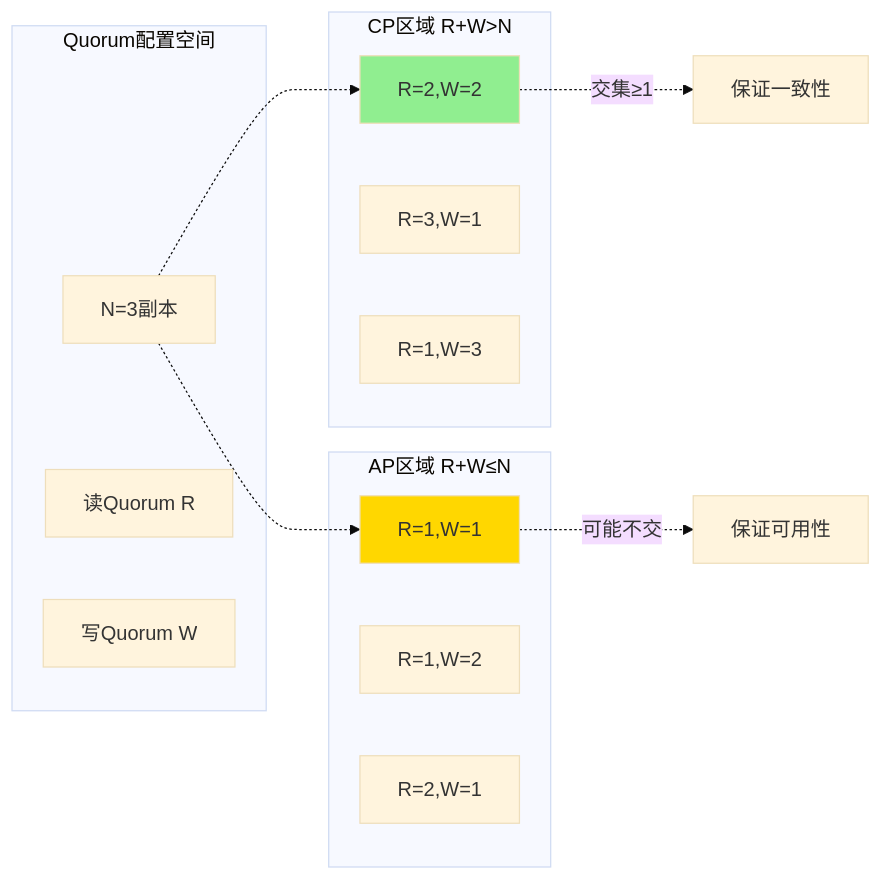
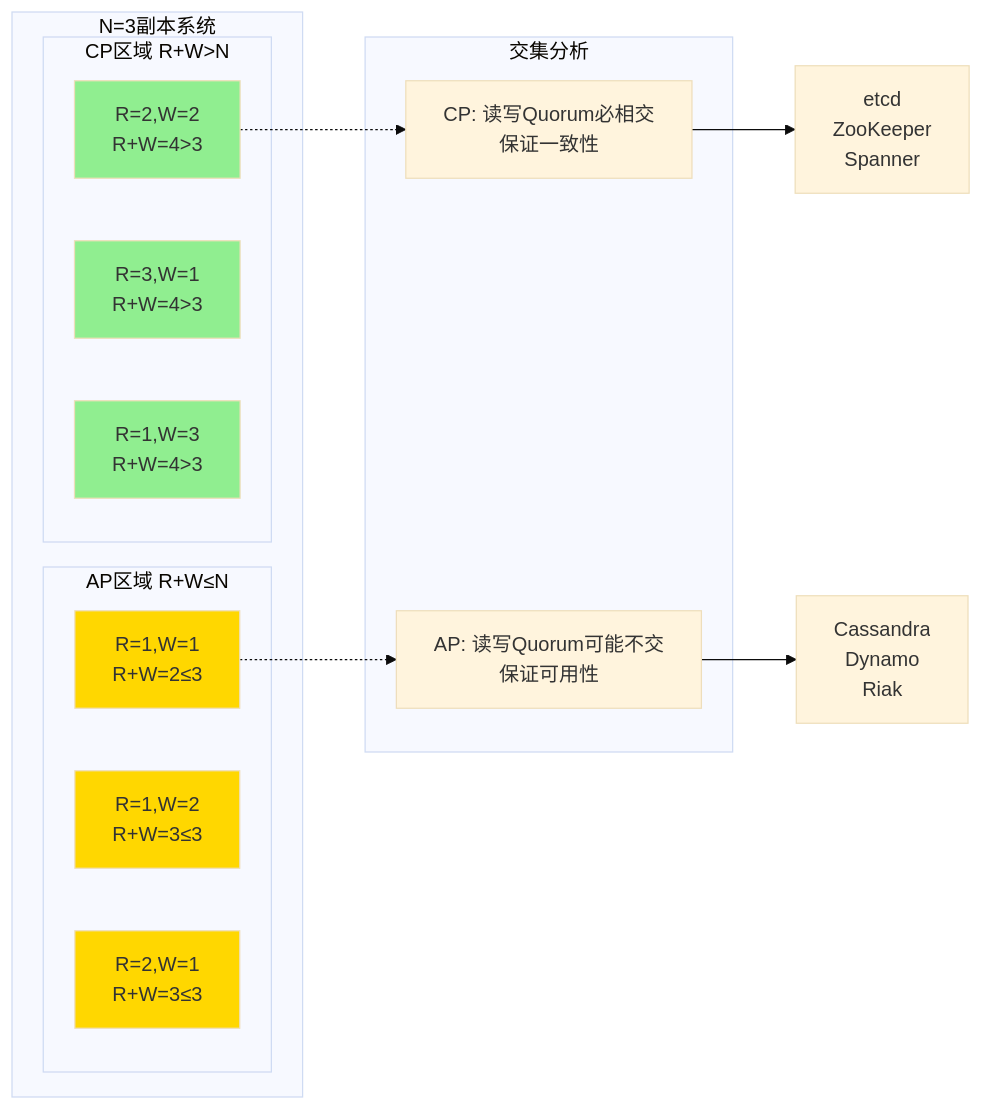
The tenth of 10 diagrams in formal-methods/03-model-taxonomy/04-consistency/02-cap-theorem.md (AdaMartin18010/AnalysisDataFlow), drawn with Mermaid (base theme) before and after one commit. The commit also changed other lines of this file and 38 other files, not shown here.

````diff
--- a/formal-methods/03-model-taxonomy/04-consistency/02-cap-theorem.md
+++ b/formal-methods/03-model-taxonomy/04-consistency/02-cap-theorem.md
@@ -383,29 +1250,42 @@
 ```mermaid
 graph LR
-    subgraph "Quorum配置空间"
-        N[N=3副本]
-        R[读Quorum R]
-        W[写Quorum W]
+    subgraph "N=3副本系统"
+        subgraph "CP区域 R+W>N"
+            CP1["R=2,W=2
+    R+W=4>3"]
+            CP2["R=3,W=1
+    R+W=4>3"]
+            CP3["R=1,W=3
+    R+W=4>3"]
+        end
+
+        subgraph "AP区域 R+W≤N"
+            AP1["R=1,W=1
+    R+W=2≤3"]
+            AP2["R=1,W=2
+    R+W=3≤3"]
+            AP3["R=2,W=1
+    R+W=3≤3"]
+        end
     end
 
-    subgraph "CP区域 R+W>N"
-        CP1[R=2,W=2]
-        CP2[R=3,W=1]
-        CP3[R=1,W=3]
+    subgraph "交集分析"
+        INTERSECT["CP: 读写Quorum必相交
+    保证一致性"]
+        NO_INTER["AP: 读写Quorum可能不交
+    保证可用性"]
     end
 
-    subgraph "AP区域 R+W≤N"
-        AP1[R=1,W=1]
-        AP2[R=1,W=2]
-        AP3[R=2,W=1]
-    end
+    CP1 -.-> INTERSECT
+    AP1 -.-> NO_INTER
 
-    N -.-> CP1
-    N -.-> AP1
-
-    CP1 -.->|交集≥1| CONS[保证一致性]
-    AP1 -.->|可能不交| AVAIL[保证可用性]
+    INTERSECT --> CP_IMPL[etcd<br/>ZooKeeper<br/>Spanner]
+    NO_INTER --> AP_IMPL[Cassandra<br/>Dynamo<br/>Riak]
 
     style CP1 fill:#90EE90
+    style CP2 fill:#90EE90
+    style CP3 fill:#90EE90
     style AP1 fill:#FFD700
+    style AP2 fill:#FFD700
+    style AP3 fill:#FFD700
 ```
````
